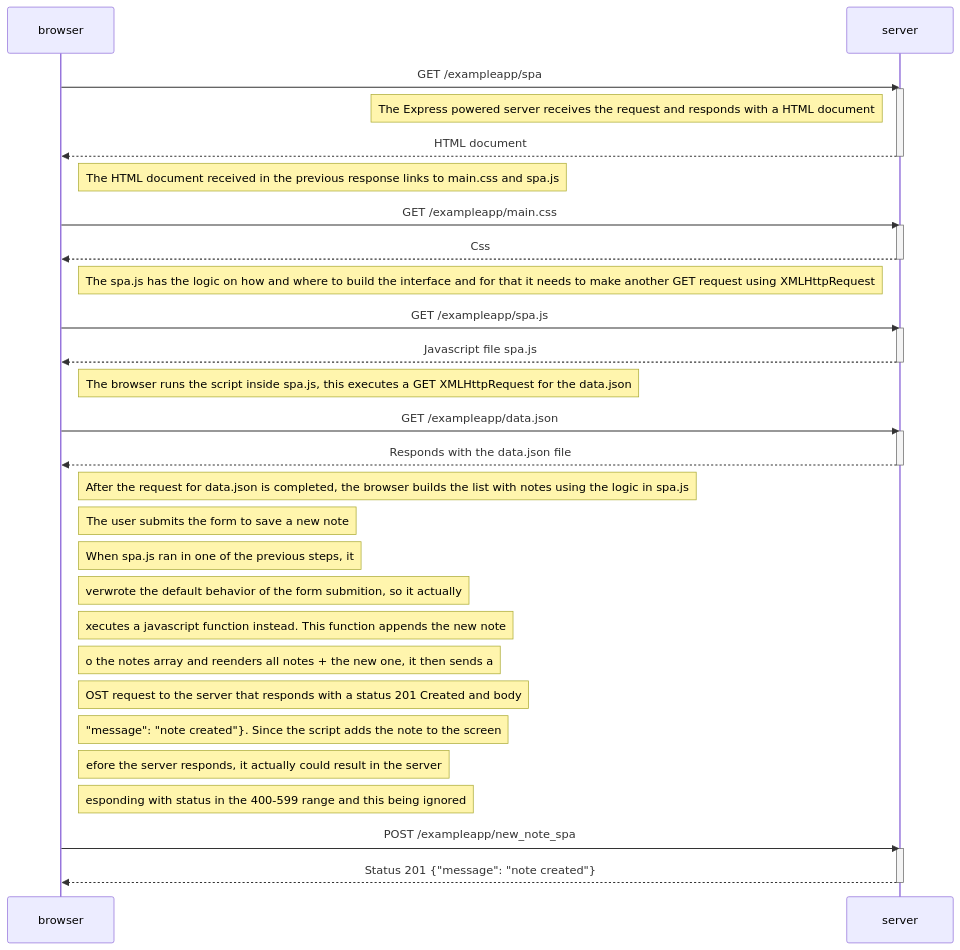
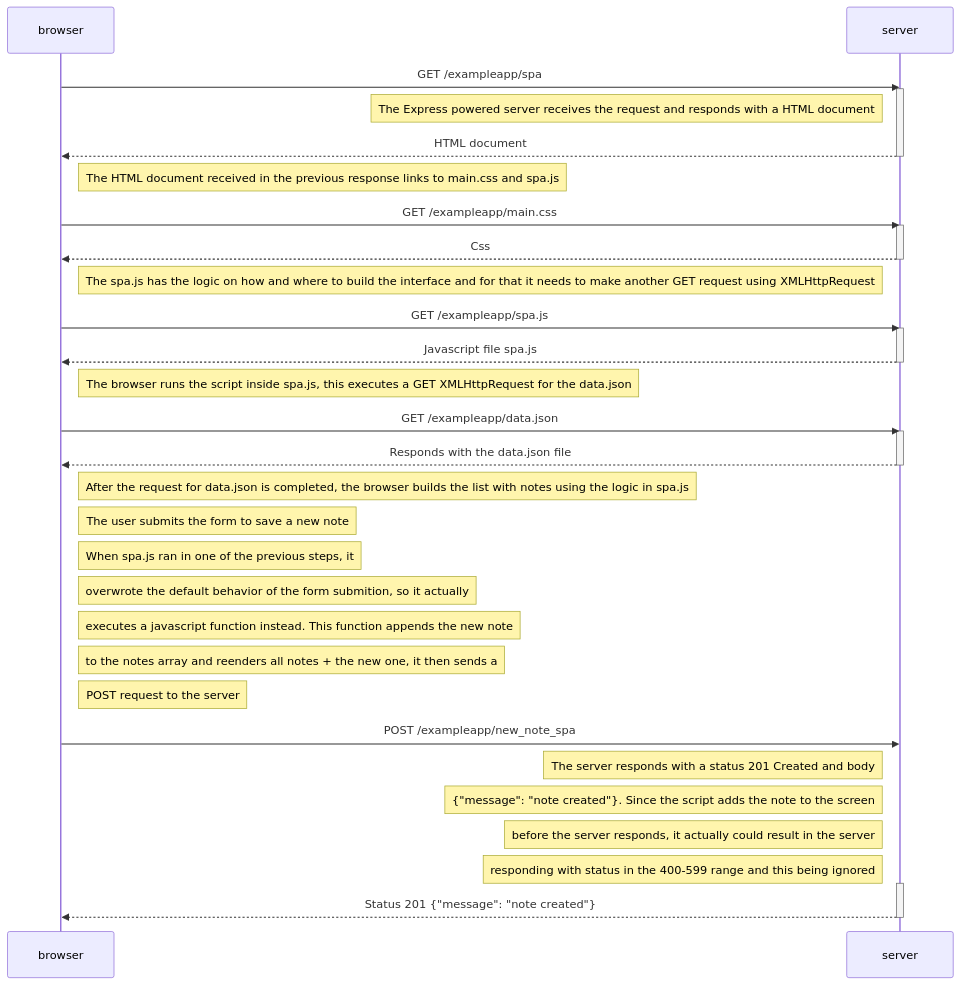
Before and after one commit to duartqx/helsinki: the diagram in fullstack/part0/0-6.md, drawn with Mermaid.

Commit message:
fullstack 0-6

````diff
--- a/fullstack/part0/0-6.md
+++ b/fullstack/part0/0-6.md
@@ -9,49 +9,50 @@
 ```mermaid
 sequenceDiagram
     participant browser
     participant server
 
     browser->>server: GET /exampleapp/spa
 
     activate server
     Note left of server: The Express powered server receives the request and responds with a HTML document
     server-->>browser: HTML document
     deactivate server
 
     Note right of browser: The HTML document received in the previous response links to main.css and spa.js
     browser->>server: GET /exampleapp/main.css
     activate server
     server-->>browser: Css
     deactivate server
 
     Note right of browser: The spa.js has the logic on how and where to build the interface and for that it needs to make another GET request using XMLHttpRequest
     browser->>server: GET /exampleapp/spa.js
     activate server
     server-->>browser: Javascript file spa.js
     deactivate server
 
     Note right of browser: The browser runs the script inside spa.js, this executes a GET XMLHttpRequest for the data.json
     browser->>server: GET /exampleapp/data.json
     activate server
     server-->>browser: Responds with the data.json file
     deactivate server
 
     Note right of browser: After the request for data.json is completed, the browser builds the list with notes using the logic in spa.js
 
     Note right of browser: The user submits the form to save a new note
 
     Note right of browser: When spa.js ran in one of the previous steps, it
-    Note right of browser: verwrote the default behavior of the form submition, so it actually
-    Note right of browser: xecutes a javascript function instead. This function appends the new note
-    Note right of browser: o the notes array and reenders all notes + the new one, it then sends a
-    Note right of browser: OST request to the server that responds with a status 201 Created and body
-    Note right of browser: "message": "note created"}. Since the script adds the note to the screen
-    Note right of browser: efore the server responds, it actually could result in the server
-    Note right of browser: esponding with status in the 400-599 range and this being ignored
+    Note right of browser: overwrote the default behavior of the form submition, so it actually
+    Note right of browser: executes a javascript function instead. This function appends the new note
+    Note right of browser: to the notes array and reenders all notes + the new one, it then sends a
+    Note right of browser: POST request to the server
 
     browser->>server: POST /exampleapp/new_note_spa
+    Note left of server: The server responds with a status 201 Created and body
+    Note left of server: {"message": "note created"}. Since the script adds the note to the screen
+    Note left of server: before the server responds, it actually could result in the server
+    Note left of server: responding with status in the 400-599 range and this being ignored
     activate server
     server-->>browser: Status 201 {"message": "note created"}
     deactivate server
 
 ```
````
